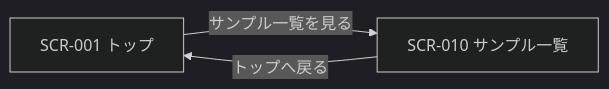
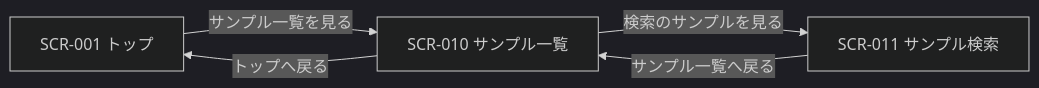
Before and after one commit to m-eiichi/next-dev-env: the diagram in docs/01_全体設計/01_サイトマップ・画面一覧.md, drawn with Mermaid (dark theme). The commit also changed other lines of this file and 13 other files, not shown here.

````diff
--- a/docs/01_全体設計/01_サイトマップ・画面一覧.md
+++ b/docs/01_全体設計/01_サイトマップ・画面一覧.md
@@ -35,7 +36,10 @@
 ```mermaid
 flowchart LR
   SCR001["SCR-001 トップ"]
   SCR010["SCR-010 サンプル一覧"]
   SCR001 -->|サンプル一覧を見る| SCR010
   SCR010 -->|トップへ戻る| SCR001
+  SCR011["SCR-011 サンプル検索"]
+  SCR010 -->|検索のサンプルを見る| SCR011
+  SCR011 -->|サンプル一覧へ戻る| SCR010
 ```
````
